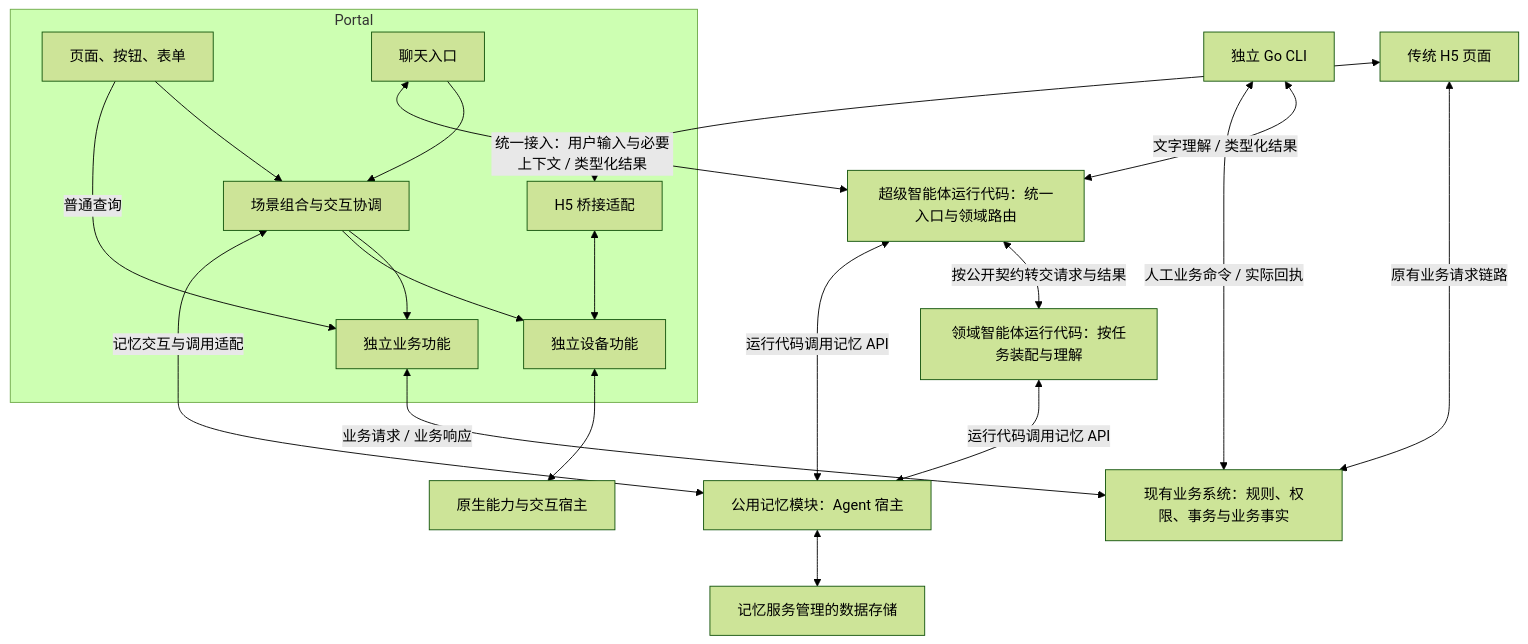
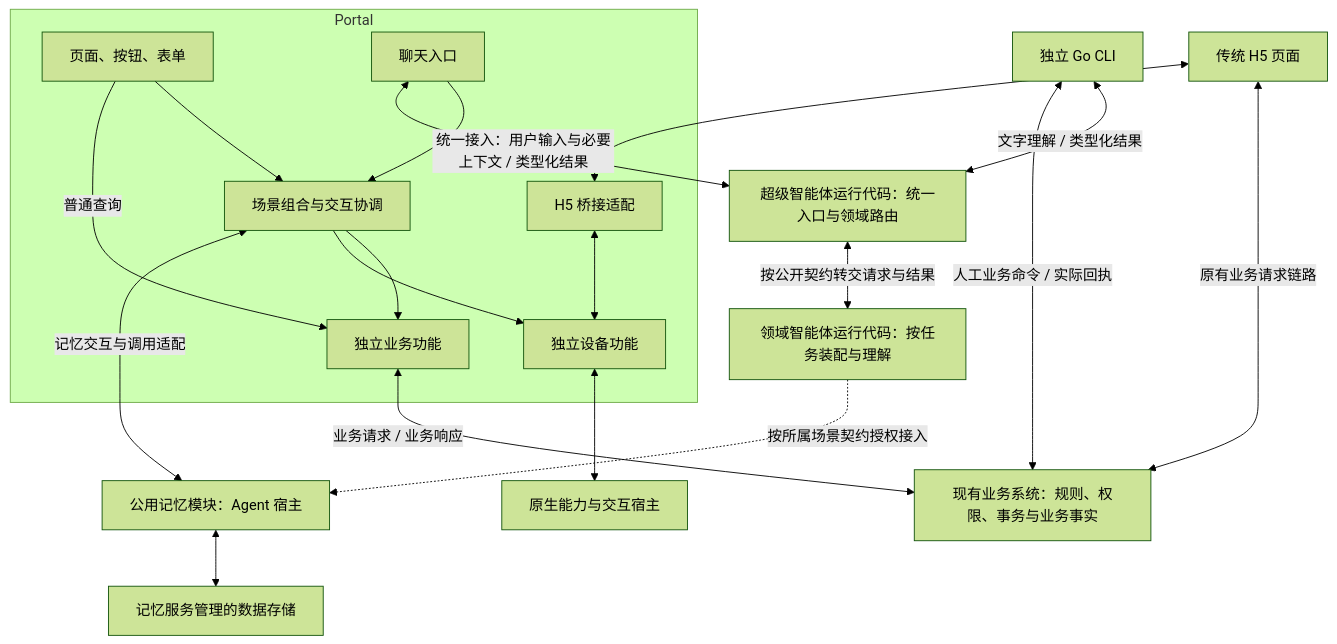
One commit to unif-skill/unif-portal-dev-skills changed the diagram in skills/unif-rn-review/references/common/responsibilities.md. Above: the diagram before and after it, drawn with Mermaid (forest theme). The commit also changed other lines of this file and 29 other files, not shown here.

Commit message:
fix: 同步记忆调用图与接入约束

````diff
--- a/skills/unif-rn-review/references/common/responsibilities.md
+++ b/skills/unif-rn-review/references/common/responsibilities.md
@@ -5,37 +5,36 @@
 ```mermaid
 flowchart TB
     subgraph Portal["Portal"]
         UI["页面、按钮、表单"]
         CHAT["聊天入口"]
         SCENE["场景组合与交互协调"]
         BUSINESS["独立业务功能"]
         DEVICE["独立设备功能"]
         BRIDGE["H5 桥接适配"]
         UI --> SCENE
         UI -->|"普通查询"| BUSINESS
         CHAT --> SCENE
         SCENE --> BUSINESS
         SCENE --> DEVICE
         BRIDGE <--> DEVICE
     end
     SUPER["超级智能体运行代码：统一入口与领域路由"]
     DOMAIN["领域智能体运行代码：按任务装配与理解"]
     SUPER <-->|"按公开契约转交请求与结果"| DOMAIN
     CHAT <-->|"统一接入：用户输入与必要上下文 / 类型化结果"| SUPER
     CLI["独立 Go CLI"]
     CLI <-->|"文字理解 / 类型化结果"| SUPER
     MEMORY["公用记忆模块：Agent 宿主"]
     MEMORY_STORE["记忆服务管理的数据存储"]
-    SUPER <-->|"运行代码调用记忆 API"| MEMORY
-    DOMAIN <-->|"运行代码调用记忆 API"| MEMORY
+    DOMAIN -.->|"按所属场景契约授权接入"| MEMORY
     SCENE <-->|"记忆交互与调用适配"| MEMORY
     MEMORY <--> MEMORY_STORE
     SYSTEM["现有业务系统：规则、权限、事务与业务事实"]
     NATIVE["原生能力与交互宿主"]
     H5["传统 H5 页面"]
     BUSINESS <-->|"业务请求 / 业务响应"| SYSTEM
     CLI <-->|"人工业务命令 / 实际回执"| SYSTEM
     DEVICE <--> NATIVE
     H5 <--> BRIDGE
     H5 <-->|"原有业务请求链路"| SYSTEM
 ```
````
